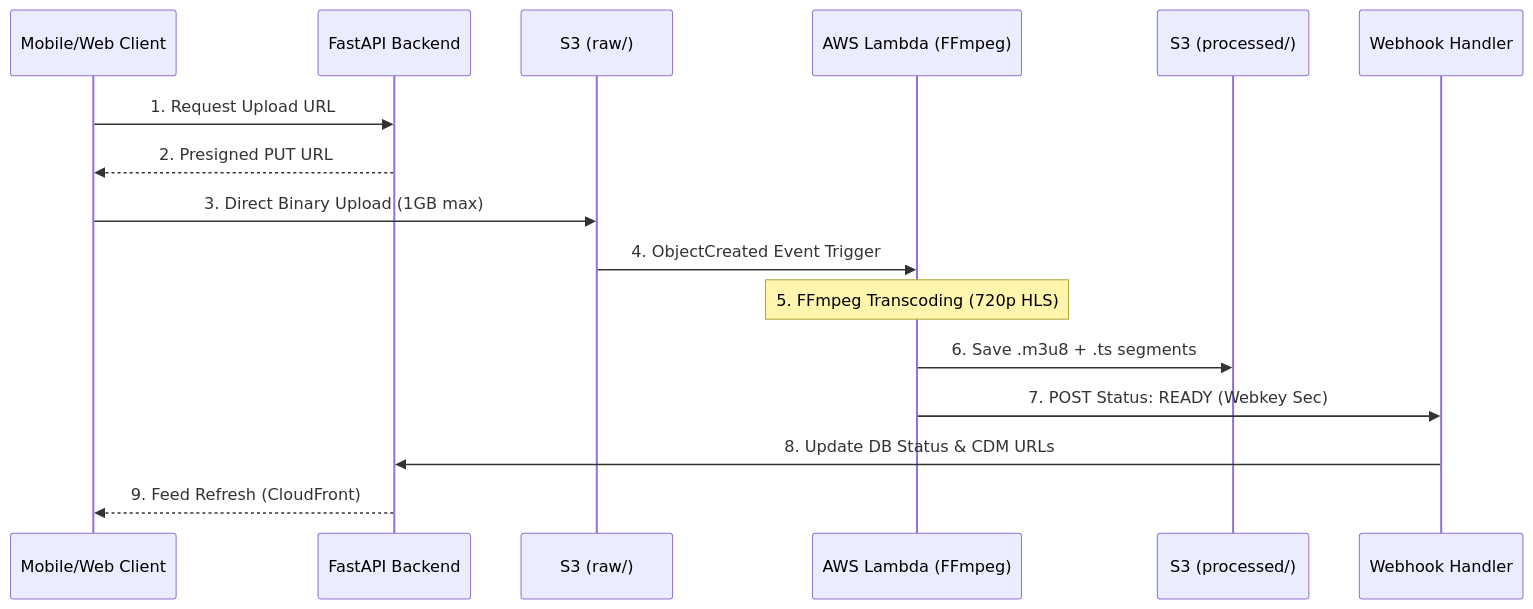
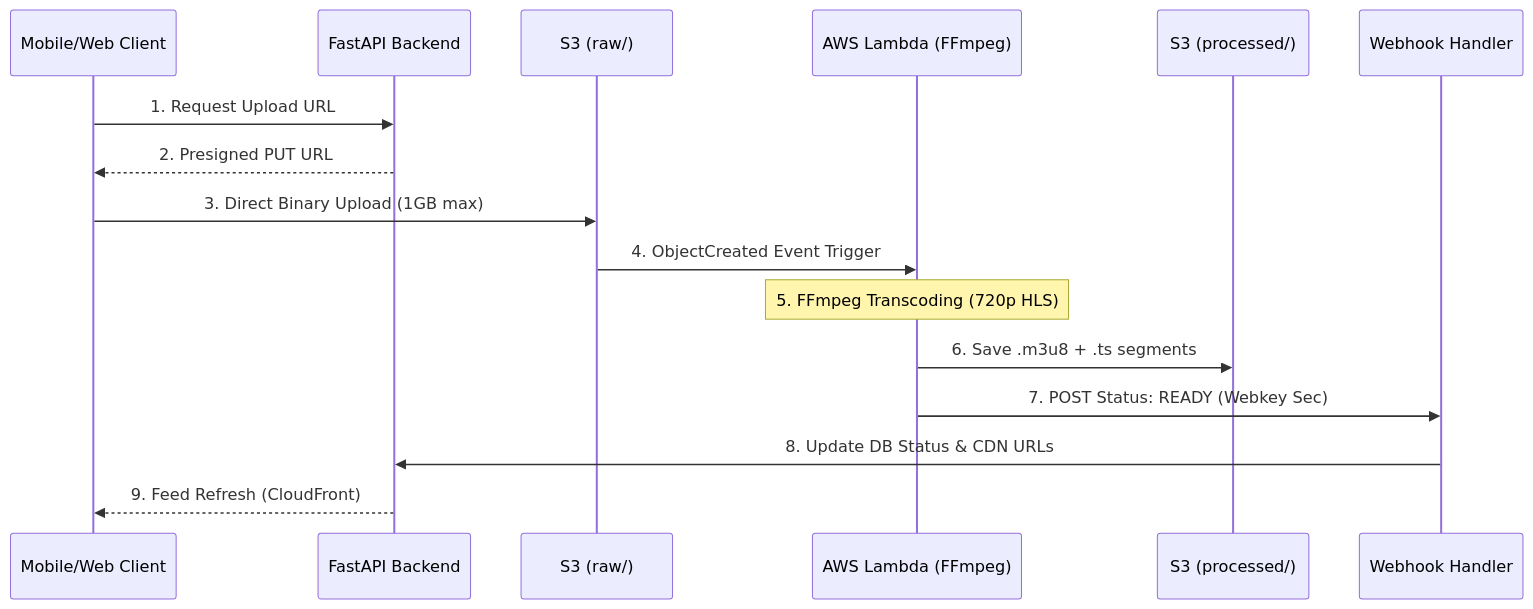
One commit to itskie/RailGram changed the second of 2 diagrams in README.md. Above: the diagram before and after it, drawn with Mermaid. The commit also changed other lines of this file and 7 other files, not shown here.

````diff
--- a/README.md
+++ b/README.md
@@ -274,19 +283,19 @@
 ```mermaid
 sequenceDiagram
     participant C as Mobile/Web Client
     participant A as FastAPI Backend
     participant S as S3 (raw/)
     participant L as AWS Lambda (FFmpeg)
     participant W as S3 (processed/)
     participant H as Webhook Handler
 
     C->>A: 1. Request Upload URL
     A-->>C: 2. Presigned PUT URL
     C->>S: 3. Direct Binary Upload (1GB max)
     S->>L: 4. ObjectCreated Event Trigger
     Note over L: 5. FFmpeg Transcoding (720p HLS)
     L->>W: 6. Save .m3u8 + .ts segments
     L->>H: 7. POST Status: READY (Webkey Sec)
-    H->>A: 8. Update DB Status & CDM URLs
+    H->>A: 8. Update DB Status & CDN URLs
     A-->>C: 9. Feed Refresh (CloudFront)
 ```
````
